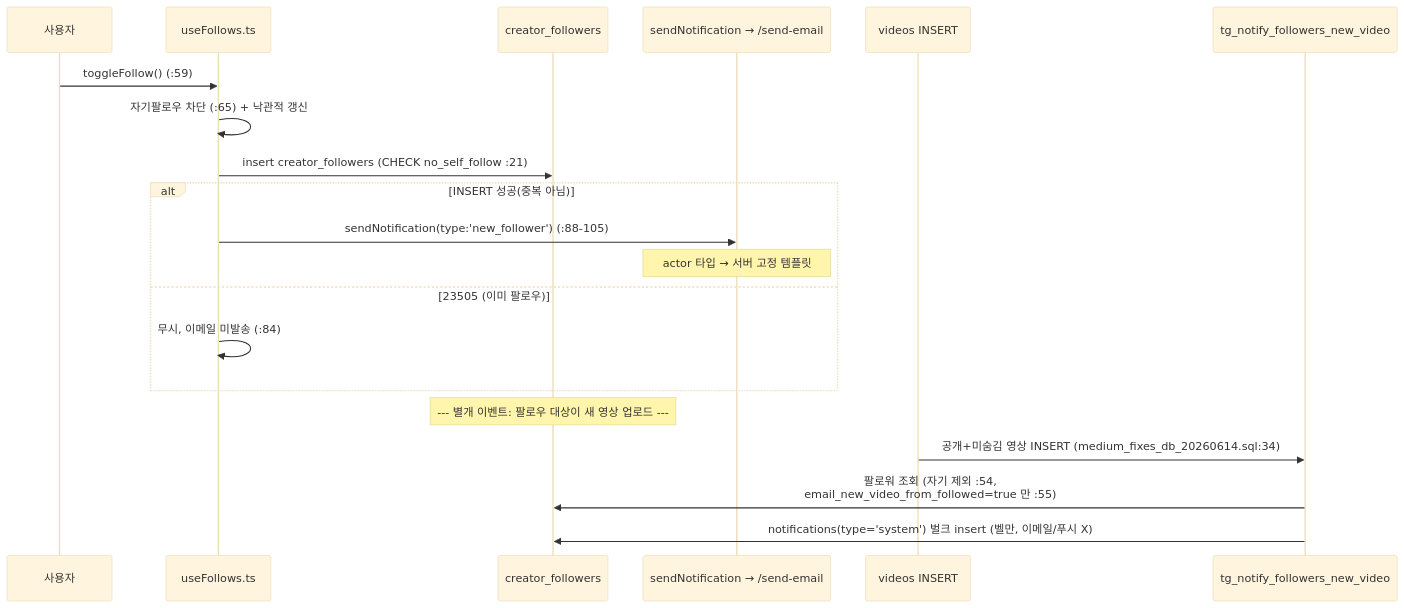
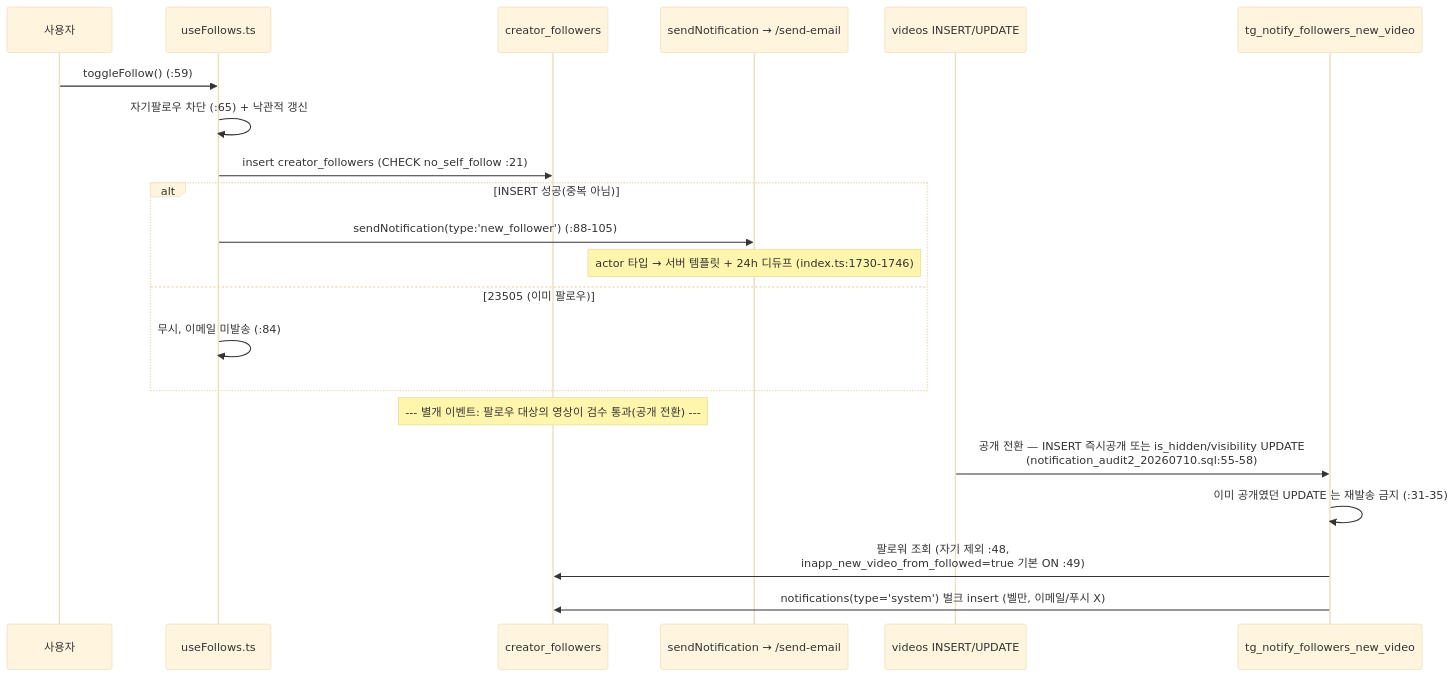
Before and after one commit to crebiz-commits/ai-v-market: the third of 6 diagrams in docs/prd/06-community-channel-notifications.md, drawn with Mermaid (base theme). The commit also changed other lines of this file and 10 other files, not shown here.

````diff
--- a/docs/prd/06-community-channel-notifications.md
+++ b/docs/prd/06-community-channel-notifications.md
@@ -504,23 +522,24 @@
 ```mermaid
 sequenceDiagram
     participant U as 사용자
     participant H as useFollows.ts
     participant DB as creator_followers
     participant SN as sendNotification → /send-email
     U->>H: toggleFollow() (:59)
     H->>H: 자기팔로우 차단 (:65) + 낙관적 갱신
     H->>DB: insert creator_followers (CHECK no_self_follow :21)
     alt INSERT 성공(중복 아님)
         H->>SN: sendNotification(type:'new_follower') (:88-105)
-        Note over SN: actor 타입 → 서버 고정 템플릿
+        Note over SN: actor 타입 → 서버 템플릿 + 24h 디듀프 (index.ts:1730-1746)
     else 23505 (이미 팔로우)
         H->>H: 무시, 이메일 미발송 (:84)
     end
 
-    Note over DB: --- 별개 이벤트: 팔로우 대상이 새 영상 업로드 ---
-    participant V as videos INSERT
+    Note over DB: --- 별개 이벤트: 팔로우 대상의 영상이 검수 통과(공개 전환) ---
+    participant V as videos INSERT/UPDATE
     participant T as tg_notify_followers_new_video
-    V->>T: 공개+미숨김 영상 INSERT (medium_fixes_db_20260614.sql:34)
-    T->>DB: 팔로워 조회 (자기 제외 :54,<br/>email_new_video_from_followed=true 만 :55)
+    V->>T: 공개 전환 — INSERT 즉시공개 또는 is_hidden/visibility UPDATE<br/>(notification_audit2_20260710.sql:55-58)
+    T->>T: 이미 공개였던 UPDATE 는 재발송 금지 (:31-35)
+    T->>DB: 팔로워 조회 (자기 제외 :48,<br/>inapp_new_video_from_followed=true 기본 ON :49)
     T->>DB: notifications(type='system') 벌크 insert (벨만, 이메일/푸시 X)
 ```
````
